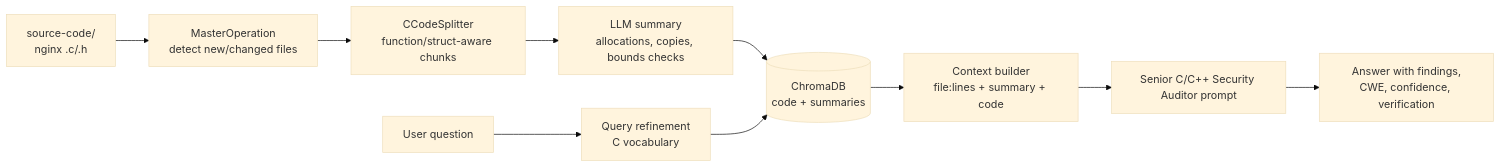
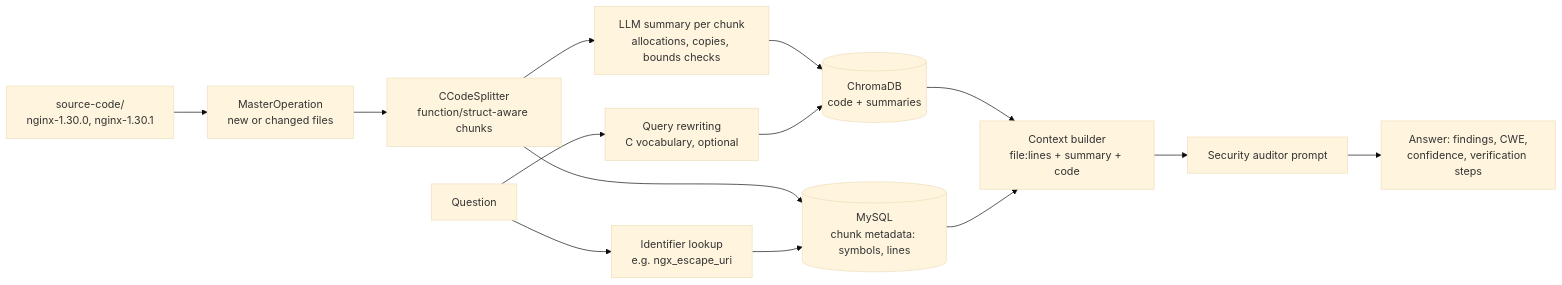
Before and after one commit to swapnil8222/security-rag-assistant: the diagram in README.md, drawn with Mermaid (base theme). The commit also changed other lines of this file and 30 other files, not shown here.

````diff
--- a/README.md
+++ b/README.md
@@ -41,12 +58,16 @@
 ```mermaid
 flowchart LR
-    A[source-code/<br/>nginx .c/.h] --> B[MasterOperation<br/>detect new/changed files]
+    A[source-code/<br/>nginx-1.30.0, nginx-1.30.1] --> B[MasterOperation<br/>new or changed files]
     B --> C[CCodeSplitter<br/>function/struct-aware chunks]
-    C --> D[LLM summary<br/>allocations, copies, bounds checks]
+    C --> D[LLM summary per chunk<br/>allocations, copies, bounds checks]
     D --> E[(ChromaDB<br/>code + summaries)]
-    Q[User question] --> R[Query refinement<br/>C vocabulary]
+    C --> S[(MySQL<br/>chunk metadata: symbols, lines)]
+    Q[Question] --> R[Query rewriting<br/>C vocabulary, optional]
     R --> E
+    Q --> X[Identifier lookup<br/>e.g. ngx_escape_uri]
+    X --> S
     E --> F[Context builder<br/>file:lines + summary + code]
-    F --> G[Senior C/C++ Security Auditor prompt]
-    G --> H[Answer with findings,<br/>CWE, confidence, verification]
+    S --> F
+    F --> G[Security auditor prompt]
+    G --> H[Answer: findings, CWE,<br/>confidence, verification steps]
 ```
````
